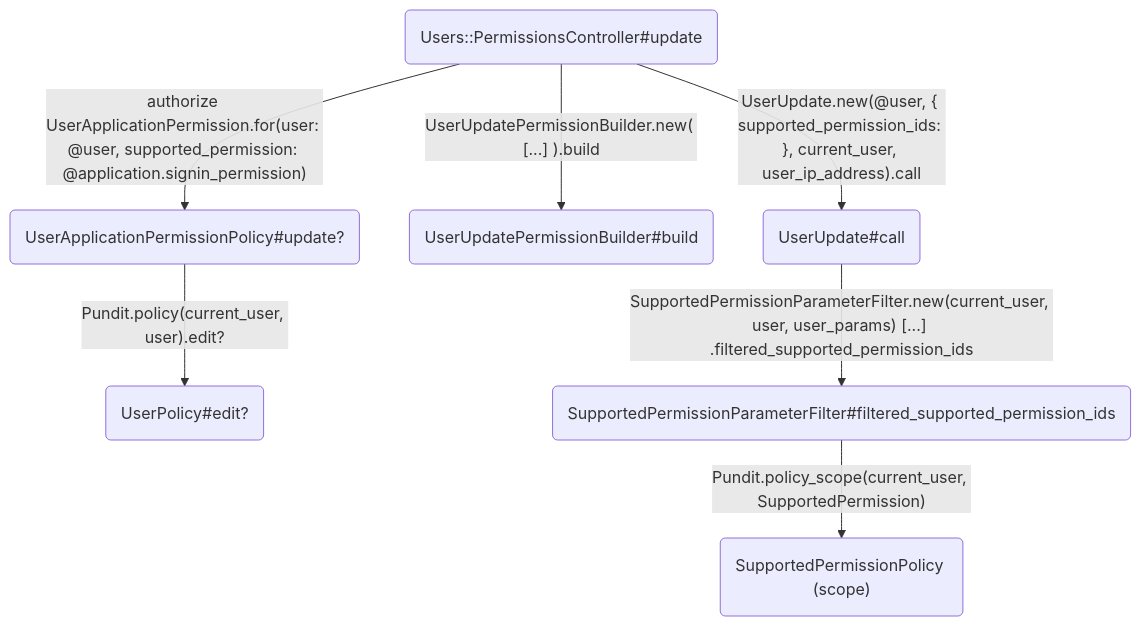
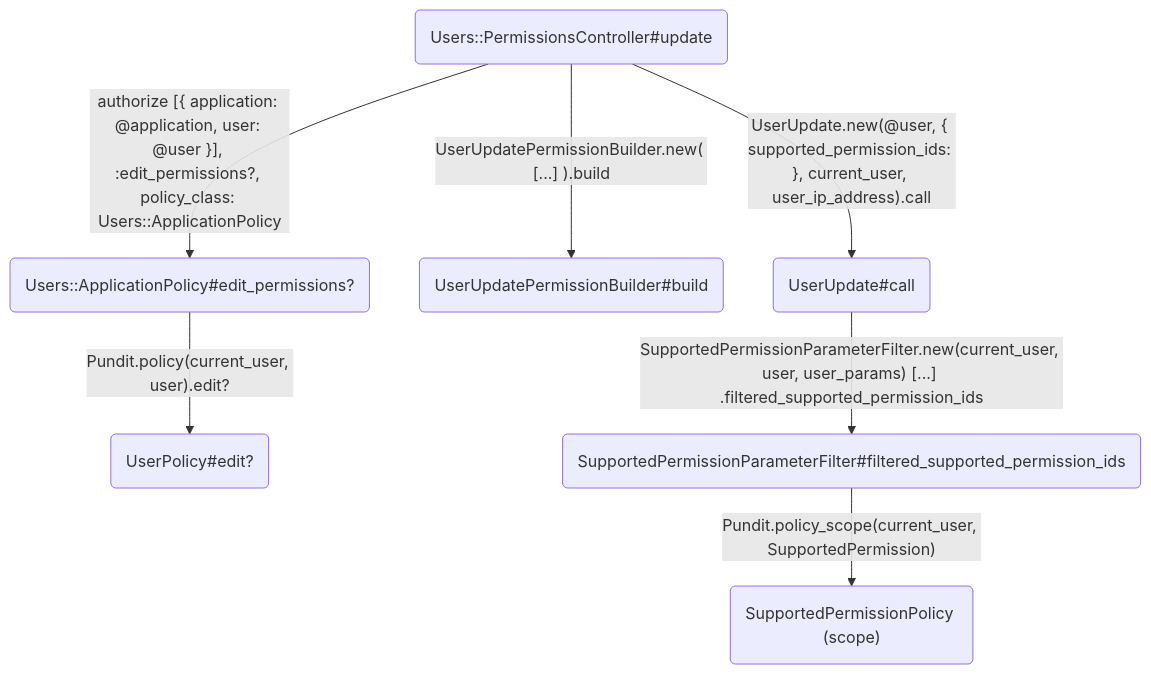
The tenth of 12 diagrams in docs/access_and_permissions.md (alphagov/signon), drawn with Mermaid before and after one commit. The commit also changed other lines of this file and 4 other files, not shown here.

First line of the commit message:
Use application policy in user perms controller

````diff
--- a/docs/access_and_permissions.md
+++ b/docs/access_and_permissions.md
@@ -236,9 +236,9 @@
 ```mermaid
 flowchart TD
-    A(Users::PermissionsController#update) --authorize UserApplicationPermission.for(user: @user, supported_permission: @application.signin_permission)--> B(UserApplicationPermissionPolicy#update?)
+    A(Users::PermissionsController#update) --authorize [{ application: @application, user: @user }], :edit_permissions?, policy_class: Users::ApplicationPolicy--> B(Users::ApplicationPolicy#edit_permissions?)
     B --Pundit.policy(current_user, user).edit?--> C(UserPolicy#edit?)
     A --UserUpdatePermissionBuilder.new( [...] ).build--> D(UserUpdatePermissionBuilder#build)
     A --UserUpdate.new(@user, { supported_permission_ids: }, current_user, user_ip_address).call--> E(UserUpdate#call)
     E --SupportedPermissionParameterFilter.new(current_user, user, user_params) [...] .filtered_supported_permission_ids--> F(SupportedPermissionParameterFilter#filtered_supported_permission_ids)
     F --Pundit.policy_scope(current_user, SupportedPermission)--> G("SupportedPermissionPolicy (scope)")
 ```
````
